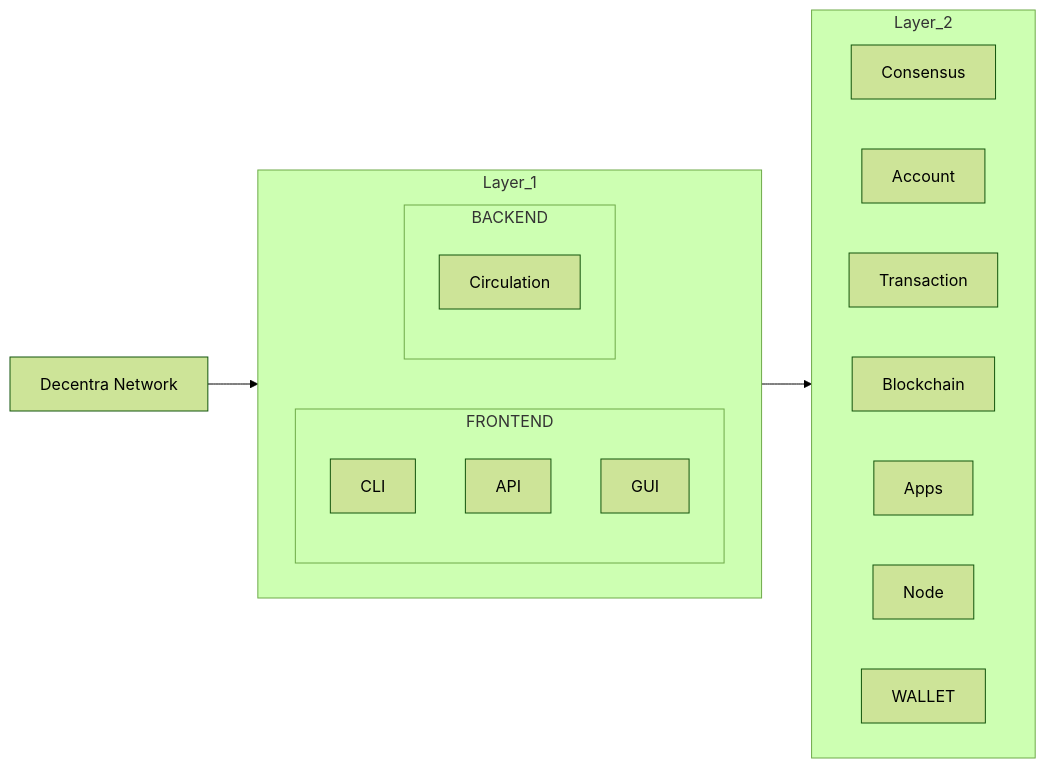
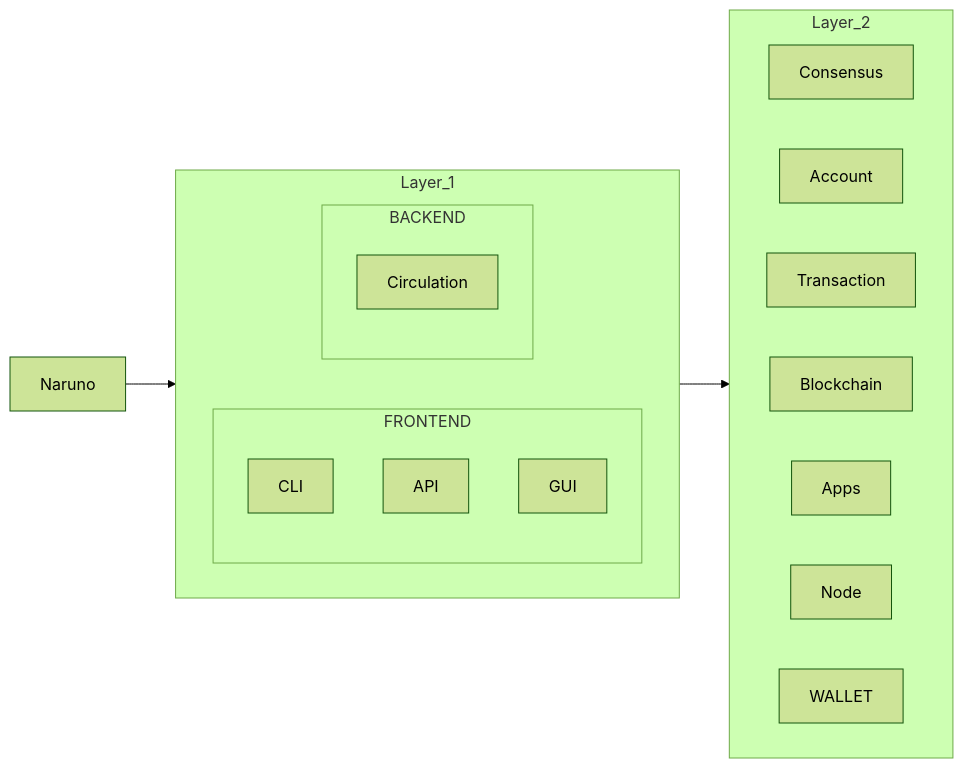
The diagram in docs/concepts/architecture.md (Naruno/Naruno), drawn with Mermaid (forest theme) before and after one commit. The commit also changed other lines of this file and 250 other files, not shown here.

````diff
--- a/docs/concepts/architecture.md
+++ b/docs/concepts/architecture.md
@@ -23,56 +23,56 @@
 ```mermaid
 flowchart LR
-DN[Decentra Network]
+DN[Naruno]
 
 subgraph FRONTEND
   CLI
   API
   GUI
 end
 
 
 
 subgraph BACKEND
   Circulation
 end
 
 
 
 
 subgraph Layer_1
   direction LR
   FRONTEND
   BACKEND
 end
 
 
 
 
 
 CONSENSUS[Consensus]
 ACCOUNT[Account]
 TRANSACTION[Transaction]
 BLOCKCHAIN[Blockchain]
 APPS[Apps]
 NODE[Node]
 WALLETS[WALLET]
 
 subgraph Layer_2
     direction LR
     CONSENSUS
     ACCOUNT
     TRANSACTION
     BLOCKCHAIN
     APPS
     NODE
     WALLETS
 end
 
 DN --> Layer_1
 Layer_1 --> Layer_2
 
 
 
 
 
 ```
````
